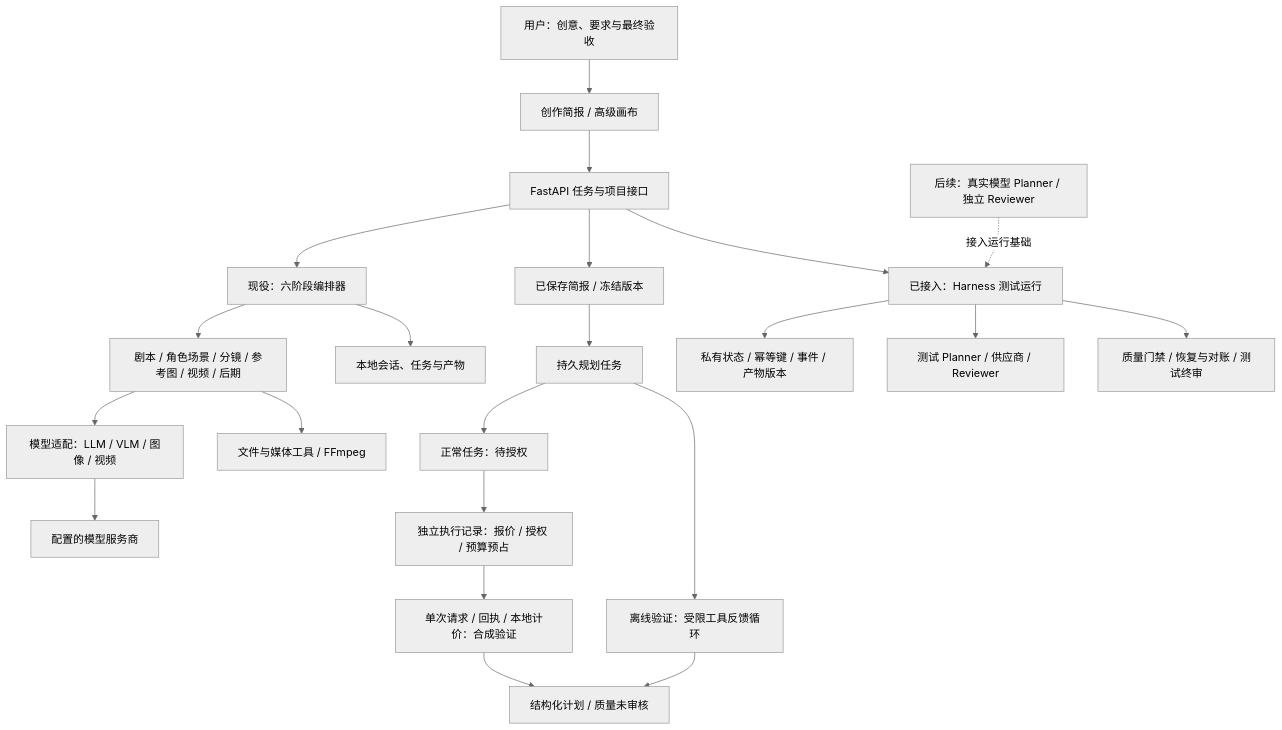
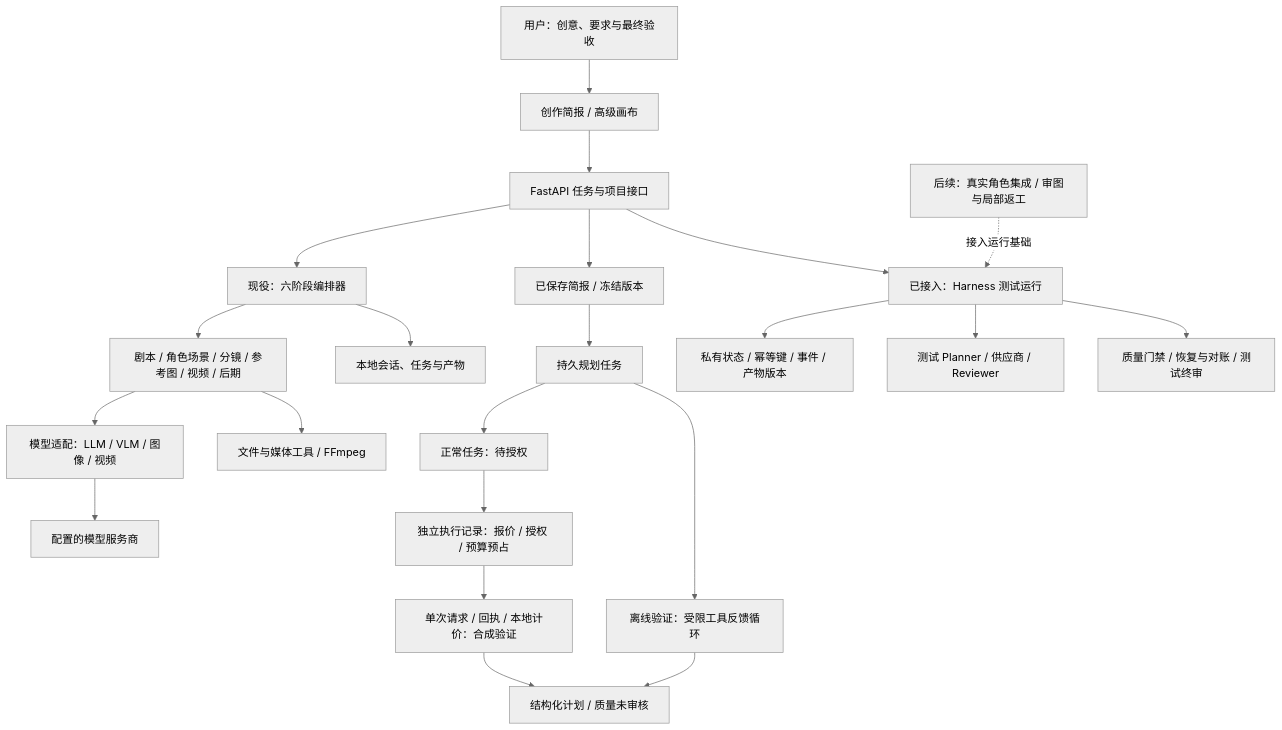
One commit to leo-ai-pm/LeonTV changed the diagram in README.md. Above: the diagram before and after it, drawn with Mermaid (neutral theme). The commit also changed other lines of this file and 6 other files, not shown here.

````diff
--- a/README.md
+++ b/README.md
@@ -69,24 +69,24 @@
 ```mermaid
 flowchart TD
     User[用户：创意、要求与最终验收] --> UI[创作简报 / 高级画布]
     UI --> API[FastAPI 任务与项目接口]
     API --> Workflow[现役：六阶段编排器]
     Workflow --> Agents[剧本 / 角色场景 / 分镜 / 参考图 / 视频 / 后期]
     Agents --> Models[模型适配：LLM / VLM / 图像 / 视频]
     Agents --> Tools[文件与媒体工具 / FFmpeg]
     Workflow --> Store[本地会话、任务与产物]
     Models --> Providers[配置的模型服务商]
     API --> Brief[已保存简报 / 冻结版本]
     Brief --> Planner[持久规划任务]
     Planner --> Wait[正常任务：待授权]
     Wait --> Control[独立执行记录：报价 / 授权 / 预算预占]
     Control --> Synthetic[单次请求 / 回执 / 本地计价：合成验证]
     Synthetic --> Plan
     Planner --> Loop[离线验证：受限工具反馈循环]
     Loop --> Plan[结构化计划 / 质量未审核]
     API --> Runtime[已接入：Harness 测试运行]
     Runtime --> Private[私有状态 / 幂等键 / 事件 / 产物版本]
     Runtime --> Fixtures[测试 Planner / 供应商 / Reviewer]
     Runtime --> Gates[质量门禁 / 恢复与对账 / 测试终审]
-    Harness[后续：真实模型 Planner / 独立 Reviewer] -.接入运行基础.-> Runtime
+    Harness[后续：真实角色集成 / 审图与局部返工] -.接入运行基础.-> Runtime
 ```
````
